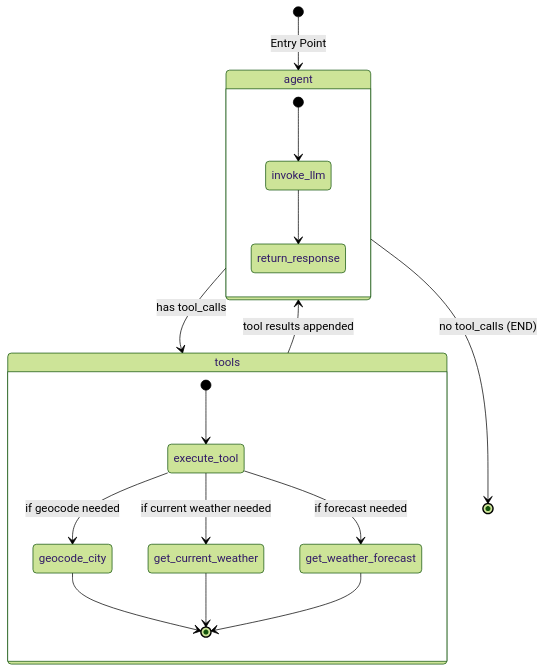
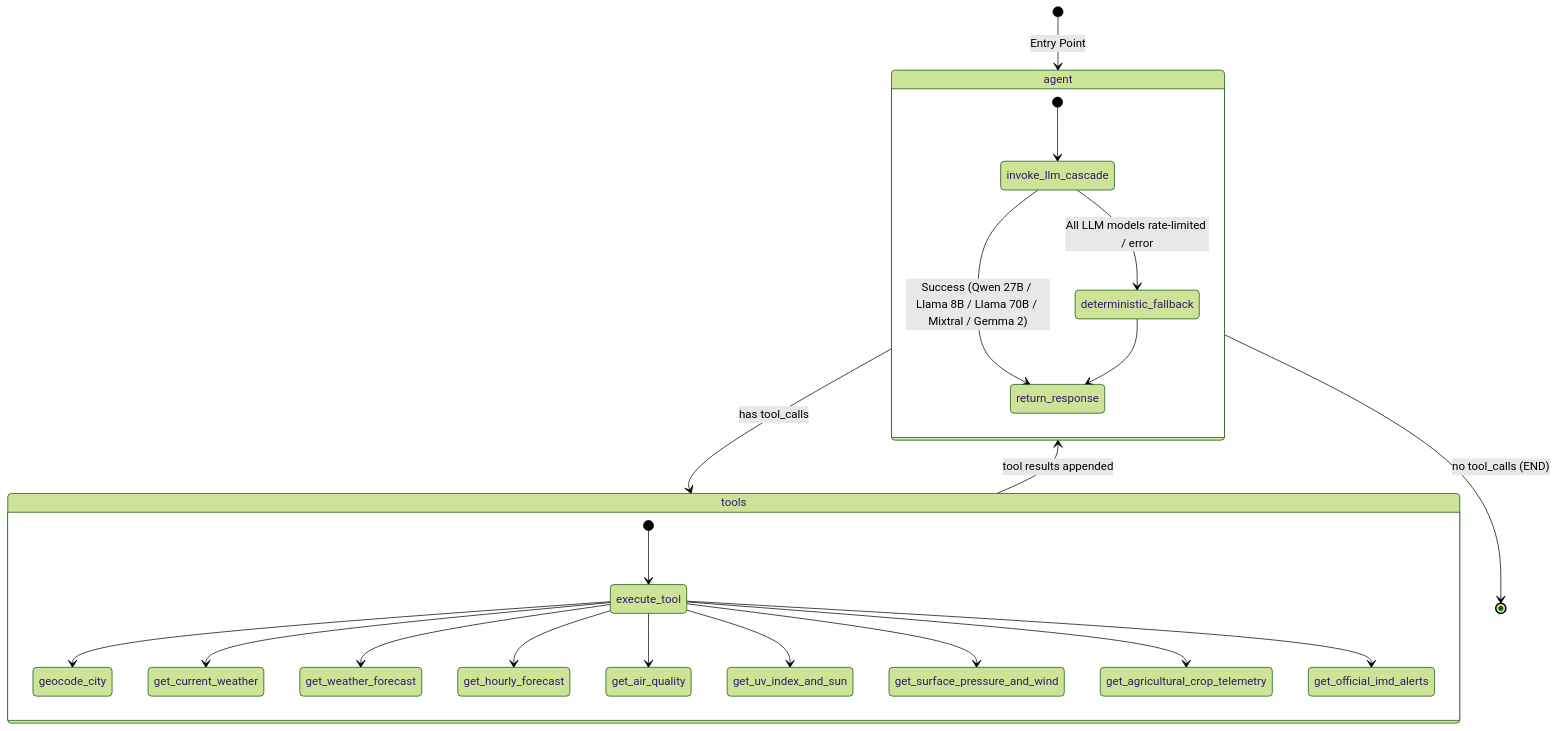
One commit to omsenjalia/weathergpt changed the seventh of 11 diagrams in frontend/WeatherGPT_Architecture.md. Above: the diagram before and after it, drawn with Mermaid (forest theme). The commit also changed other lines of this file, not shown here.

Commit message:
docs: update WeatherGPT_Architecture.md with multi-model cascade, 9 specialized tools, domain guardrails, vector branding, and Vercel build flags

````diff
--- a/frontend/WeatherGPT_Architecture.md
+++ b/frontend/WeatherGPT_Architecture.md
@@ -567,22 +578,27 @@
 ```mermaid
 stateDiagram-v2
     [*] --> agent: Entry Point
     agent --> tools: has tool_calls
     agent --> [*]: no tool_calls (END)
     tools --> agent: tool results appended
     
     state agent {
-        [*] --> invoke_llm
-        invoke_llm --> return_response
+        [*] --> invoke_llm_cascade
+        invoke_llm_cascade --> return_response: Success (Qwen 27B / Llama 8B / Llama 70B / Mixtral / Gemma 2)
+        invoke_llm_cascade --> deterministic_fallback: All LLM models rate-limited / error
+        deterministic_fallback --> return_response
     }
     
     state tools {
         [*] --> execute_tool
-        execute_tool --> geocode_city: if geocode needed
-        execute_tool --> get_current_weather: if current weather needed
-        execute_tool --> get_weather_forecast: if forecast needed
-        geocode_city --> [*]
-        get_current_weather --> [*]
-        get_weather_forecast --> [*]
+        execute_tool --> geocode_city
+        execute_tool --> get_current_weather
+        execute_tool --> get_weather_forecast
+        execute_tool --> get_hourly_forecast
+        execute_tool --> get_air_quality
+        execute_tool --> get_uv_index_and_sun
+        execute_tool --> get_surface_pressure_and_wind
+        execute_tool --> get_agricultural_crop_telemetry
+        execute_tool --> get_official_imd_alerts
     }
 ```
````
